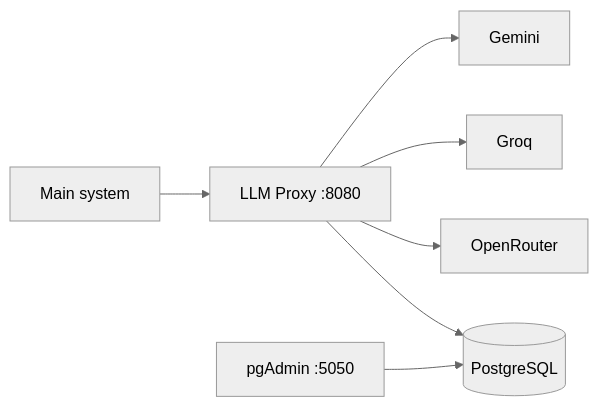
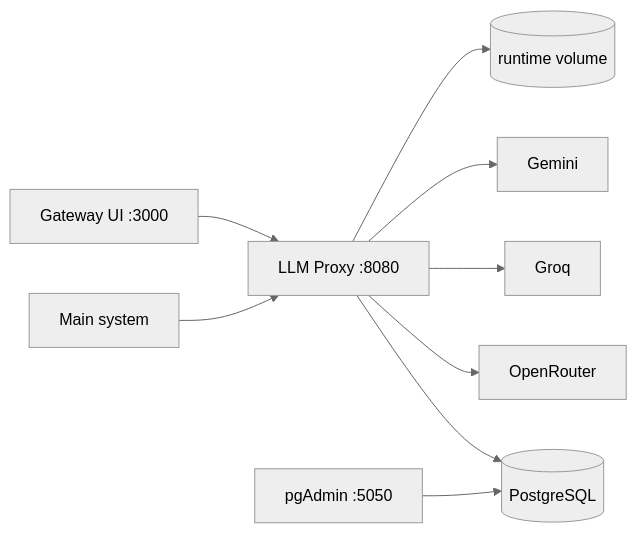
Before and after one commit to DaniilPodruchnyMgtuIu6/llm-proxy: the first of 10 diagrams in docs/architecture.md, drawn with Mermaid (neutral theme). The commit also changed other lines of this file and 44 other files, not shown here.

````diff
--- a/docs/architecture.md
+++ b/docs/architecture.md
@@ -20,9 +20,11 @@
 ```mermaid
 flowchart LR
-  Main[Main system] --> API[LLM Proxy :8080]
+  UI[Gateway UI :3000] --> API[LLM Proxy :8080]
+  Main[Main system] --> API
+  API --> RT[(runtime volume)]
   API --> G[Gemini]
   API --> Q[Groq]
   API --> O[OpenRouter]
   API --> PG[(PostgreSQL)]
   Admin[pgAdmin :5050] --> PG
 ```
````
